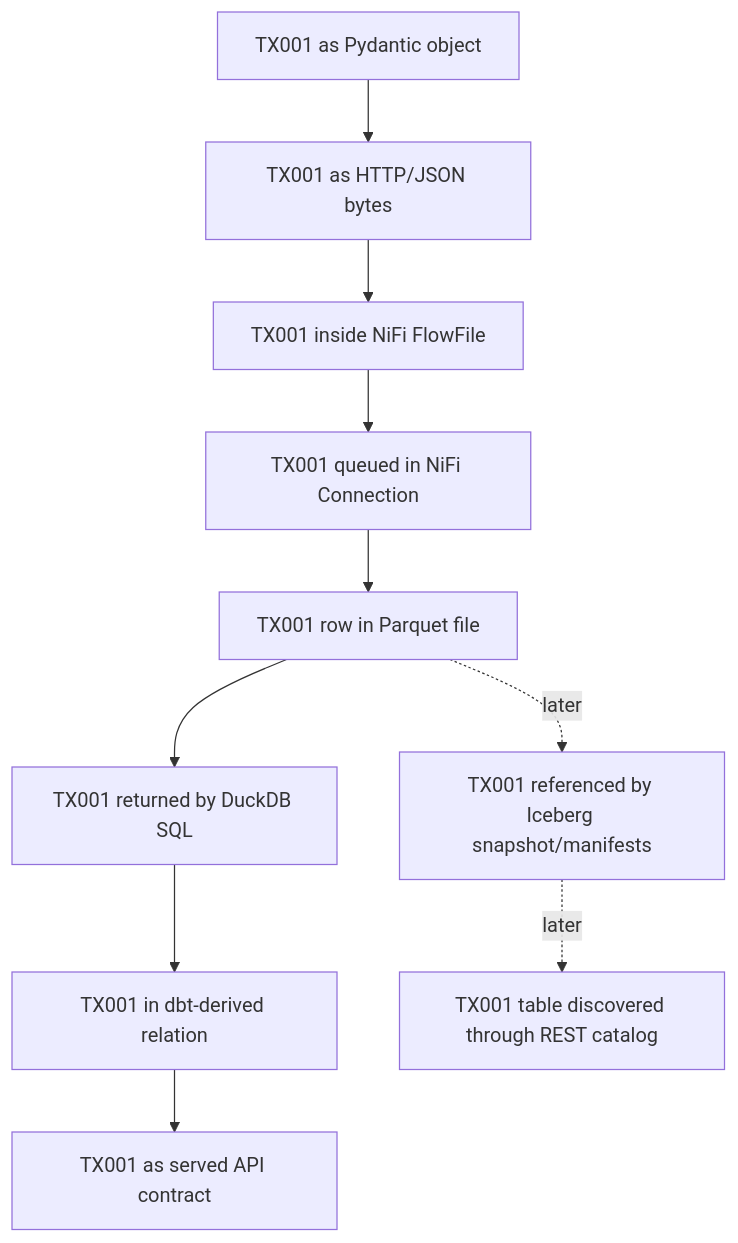
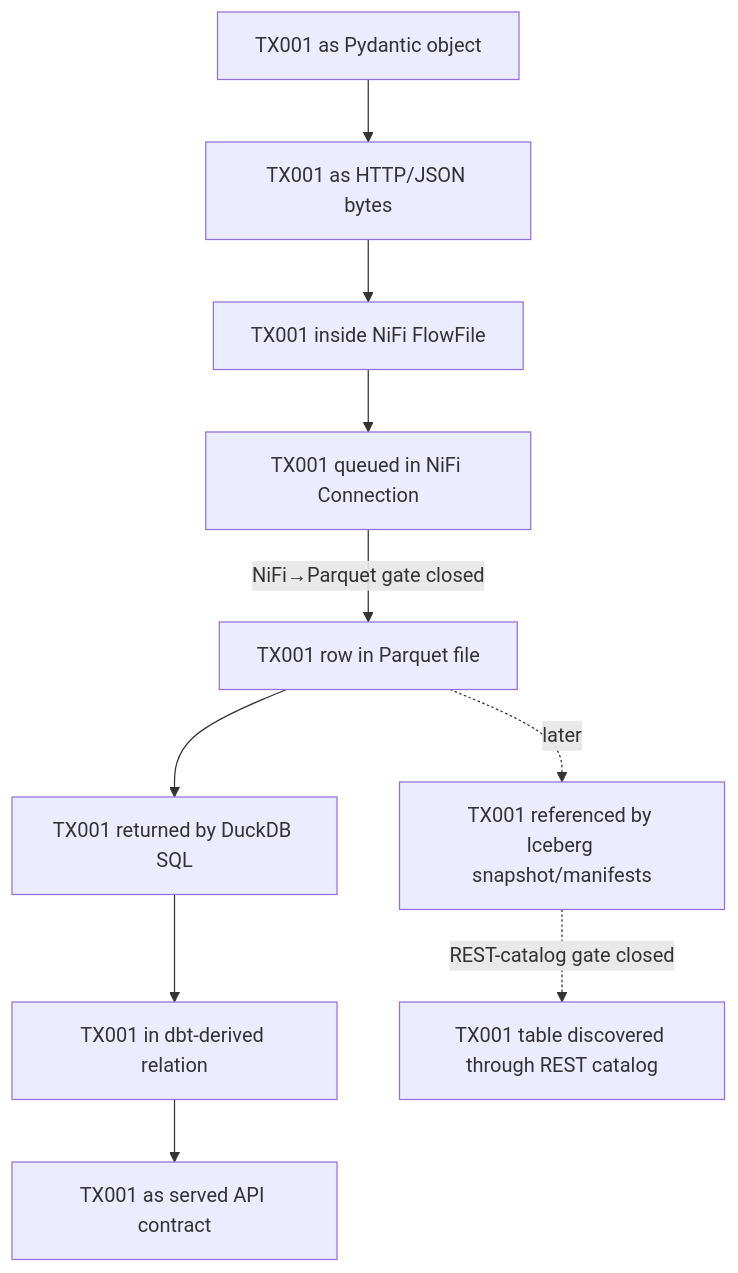
Before and after one commit to halkypi/data-platform-lab: the second of 2 diagrams in research/minimal-local-data-platform.md, drawn with Mermaid. The commit also changed other lines of this file, not shown here.

````diff
--- a/research/minimal-local-data-platform.md
+++ b/research/minimal-local-data-platform.md
@@ -332,17 +427,19 @@
 ```mermaid
 flowchart TD
     J["TX001 as Pydantic object"]
     K["TX001 as HTTP/JSON bytes"]
     L["TX001 inside NiFi FlowFile"]
     M["TX001 queued in NiFi Connection"]
     N["TX001 row in Parquet file"]
     O["TX001 returned by DuckDB SQL"]
     P["TX001 in dbt-derived relation"]
     Q["TX001 as served API contract"]
     R["TX001 referenced by Iceberg snapshot/manifests"]
     S["TX001 table discovered through REST catalog"]
 
-    J --> K --> L --> M --> N --> O --> P --> Q
+    J --> K --> L --> M
+    M -->|"NiFi→Parquet gate closed"| N
+    N --> O --> P --> Q
     N -. later .-> R
-    R -. later .-> S
+    R -. "REST-catalog gate closed" .-> S
 ```
````
